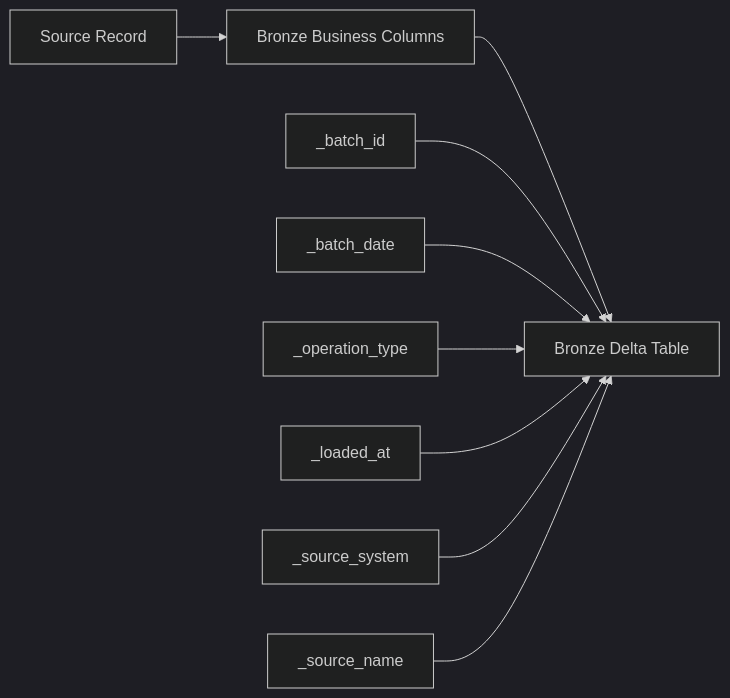
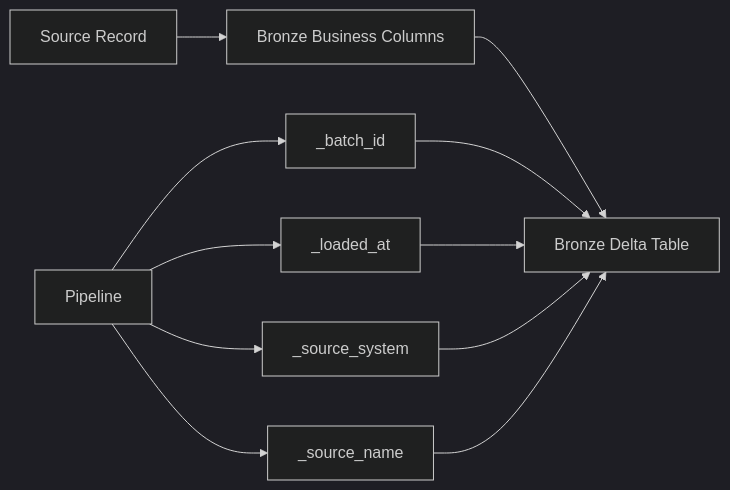
The second of 2 diagrams in docs/source-to-target-mapping/source-to-bronze-mapping.md (anhtnt90dev/rookies-data-dn-2026), drawn with Mermaid (dark theme) before and after one commit. The commit also changed other lines of this file and 1 other file, not shown here.

````diff
--- a/docs/source-to-target-mapping/source-to-bronze-mapping.md
+++ b/docs/source-to-target-mapping/source-to-bronze-mapping.md
@@ -57,17 +49,13 @@
 ```mermaid
 flowchart LR
     SRC["Source Record"] --> RAW["Bronze Business Columns"]
-    BID["_batch_id"]
-    BD["_batch_date"]
-    OP["_operation_type"]
-    LAT["_loaded_at"]
-    SS["_source_system"]
-    SN["_source_name"]
+    PIPE["Pipeline"] --> BID["_batch_id"]
+    PIPE --> LAT["_loaded_at"]
+    PIPE --> SS["_source_system"]
+    PIPE --> SN["_source_name"]
     RAW --> BRZ["Bronze Delta Table"]
     BID --> BRZ
-    BD --> BRZ
-    OP --> BRZ
     LAT --> BRZ
     SS --> BRZ
     SN --> BRZ
 ```
````
